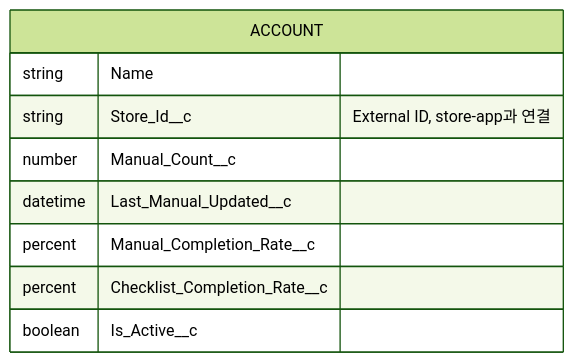
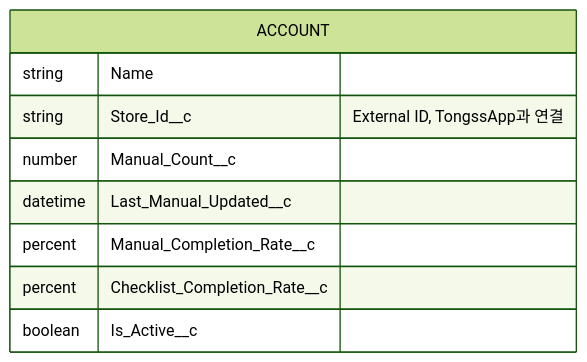
Before and after one commit to sara6ang/project-starter: the diagram in TongssOrg/docs/05_DATA.md, drawn with Mermaid (forest theme). The commit also changed other lines of this file and 30 other files, not shown here.

````diff
--- a/TongssOrg/docs/05_DATA.md
+++ b/TongssOrg/docs/05_DATA.md
@@ -67,12 +67,12 @@
 ```mermaid
 erDiagram
     ACCOUNT {
         string Name
-        string Store_Id__c "External ID, store-app과 연결"
+        string Store_Id__c "External ID, TongssApp과 연결"
         number Manual_Count__c
         datetime Last_Manual_Updated__c
         percent Manual_Completion_Rate__c
         percent Checklist_Completion_Rate__c
         boolean Is_Active__c
     }
 ```
````
